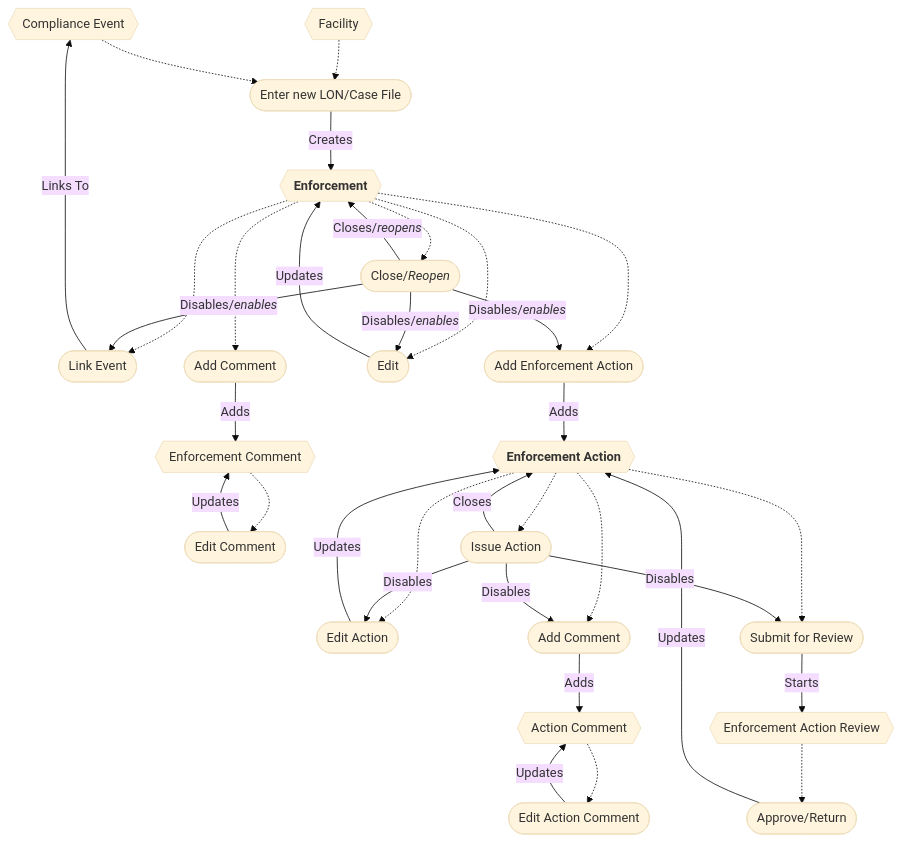
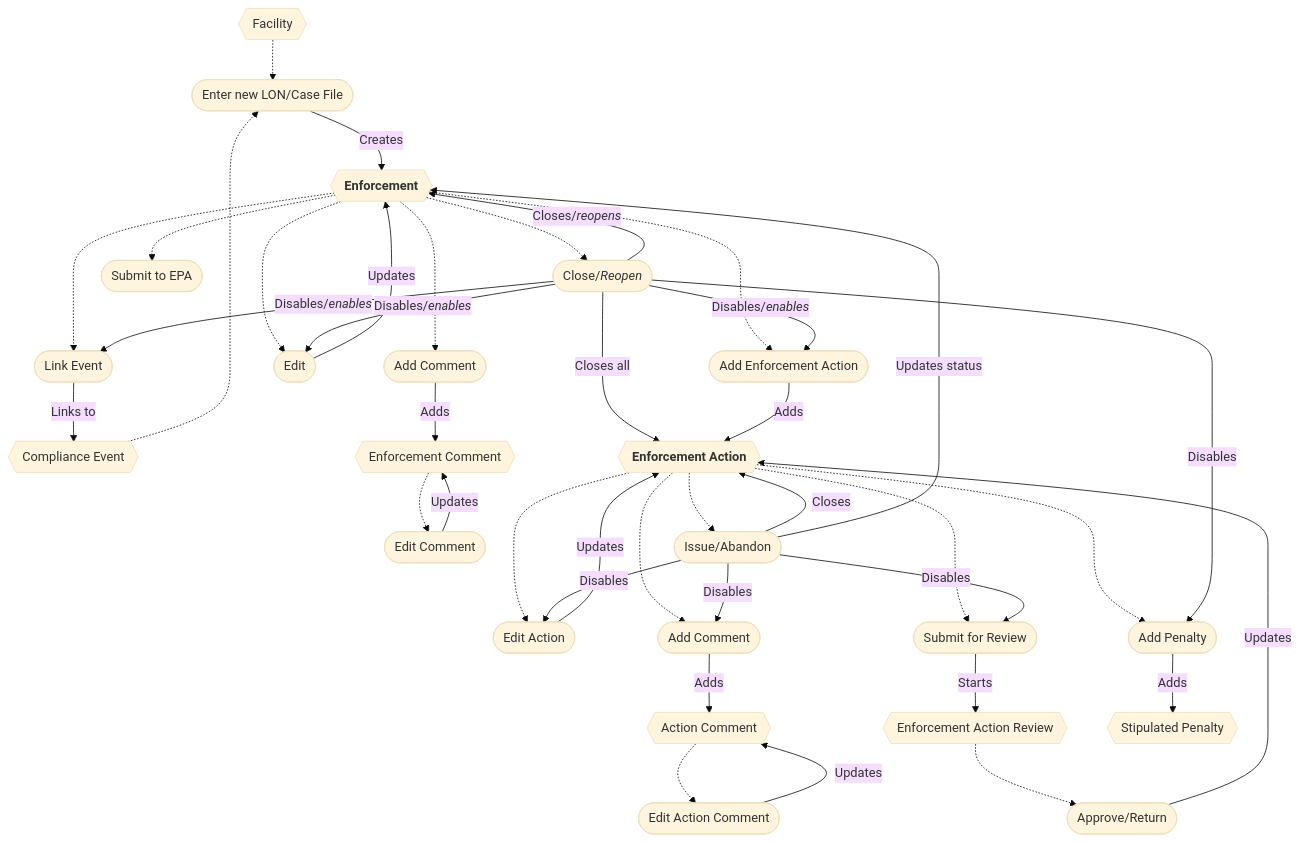
One commit to gaepdit/air-web changed the first of 2 diagrams in docs/Workflows/Enforcement-workflow.md. Above: the diagram before and after it, drawn with Mermaid (base theme). The commit also changed other lines of this file and 1 other file, not shown here.

````diff
--- a/docs/Workflows/Enforcement-workflow.md
+++ b/docs/Workflows/Enforcement-workflow.md
@@ -36,61 +39,70 @@
 ```mermaid
 flowchart
+    FAC{{Facility}}
     EVT{{Compliance Event}}
-    FAC{{Facility}}
     ENF{{"`**Enforcement**`"}}
     CMT{{Enforcement Comment}}
     ACT{{"`**Enforcement Action**`"}}
     REV{{"Enforcement Action Review"}}
     CMA{{Action Comment}}
+    STP{{Stipulated Penalty}}
 
     link([Link Event])
     add([Enter new LON/Case File])
     comment([Add Comment])
     editEnf([Edit])
     addAction([Add Enforcement Action])
     close(["`Close/*Reopen*`"])
     editComment([Edit Comment])
     editAction([Edit Action])
     commentAction([Add Comment])
     editCommentAction([Edit Action Comment])
     review([Submit for Review])
     respond([Approve/Return])
-    issue([Issue Action])
+    issue([Issue/Abandon])
+    epa([Submit to EPA])
+    penalty([Add Penalty])
 
+    FAC -.-> add
     ENF -.-> link
-    FAC -.-> add
     EVT -.-> add
     ENF -.-> editEnf
     ENF -.-> close
     ENF -..-> comment
     ENF -.-> addAction
+    ENF -.-> epa
     CMT -.-> editComment
     ACT -.-> commentAction
     ACT -.-> editAction
     ACT -.-> review
     ACT -.-> issue
     CMA -.-> editCommentAction
     REV -.-> respond
+    ACT -..-> penalty
 
     close -->|"`Disables/*enables*`"| editEnf
     close -->|"`Disables/*enables*`"| addAction
     close -->|"`Disables/*enables*`"| link
     issue -->|Disables| editAction
     issue -->|Disables| commentAction
     issue -->|Disables| review
 
-    link -->|Links To| EVT
+    link -->|Links to| EVT
     add -->|Creates| ENF
     editEnf -->|Updates| ENF
     editAction -->|Updates| ACT
     issue -->|Closes| ACT
+    issue -->|Updates status| ENF
     close -->|"`Closes/*reopens*`"| ENF
+    close -->|Closes all| ACT
+    close -->|Disables| penalty
     editComment -->|Updates| CMT
     editCommentAction -->|Updates| CMA
     comment -->|Adds| CMT
     commentAction -->|Adds| CMA
     addAction -->|Adds| ACT
     review -->|Starts| REV
     respond -->|Updates| ACT
+    penalty -->|Adds| STP
 
 ```
````
